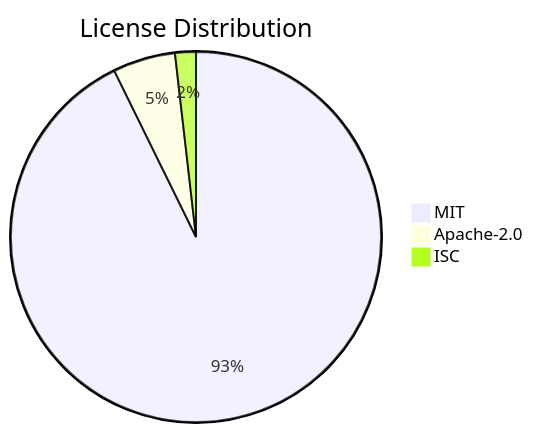
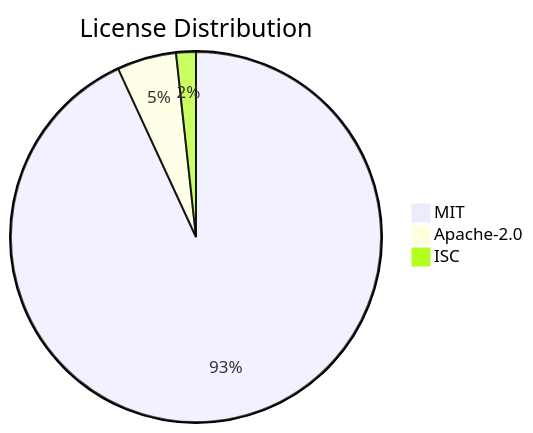
The diagram in .shipwright/compliance/sbom.md (svenroth-ai/shipwright-webui), drawn with Mermaid before and after one commit. The commit also changed other lines of this file and 27 other files, not shown here.

````diff
--- a/.shipwright/compliance/sbom.md
+++ b/.shipwright/compliance/sbom.md
@@ -17,6 +17,6 @@
 ```mermaid
 pie title License Distribution
-    "MIT" : 51
+    "MIT" : 54
     "Apache-2.0" : 3
     "ISC" : 1
 ```
````
